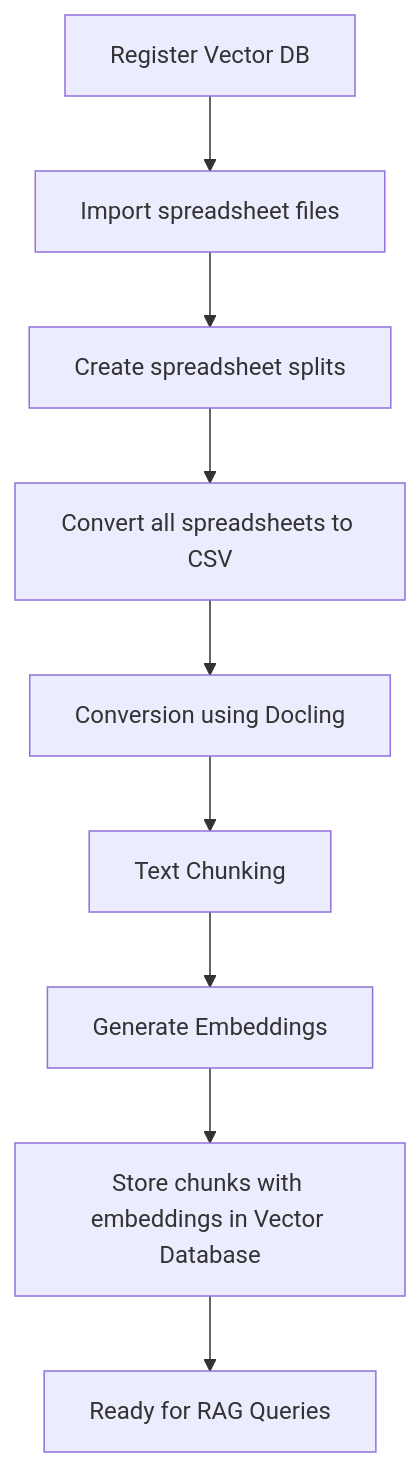
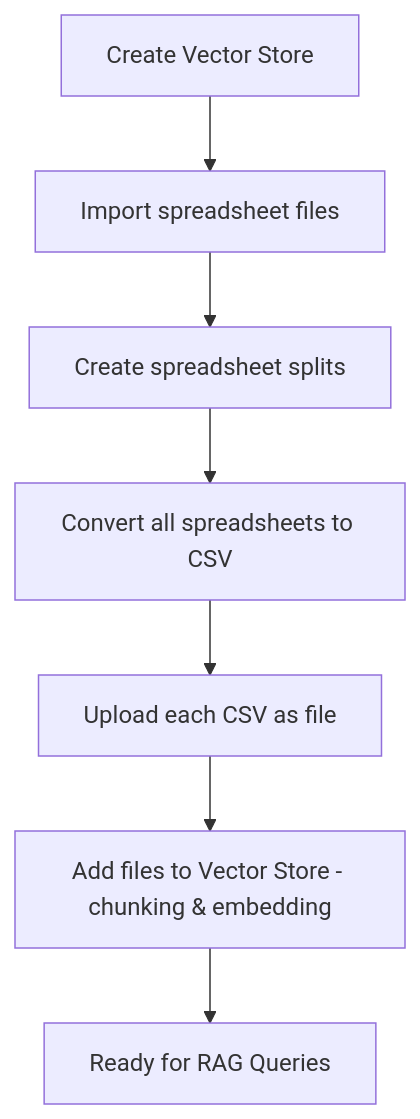
Before and after one commit to Ygnas/rag: the diagram in demos/kubeflow-pipelines/spreadsheets-conversion/README.md, drawn with Mermaid. The commit also changed other lines of this file and 7 other files, not shown here.

````diff
--- a/demos/kubeflow-pipelines/spreadsheets-conversion/README.md
+++ b/demos/kubeflow-pipelines/spreadsheets-conversion/README.md
@@ -8,21 +9,17 @@
 ```mermaid
 
 graph TD
 
-A[Register Vector DB] --> B[Import spreadsheet files]
+A[Create Vector Store] --> B[Import spreadsheet files]
 
 B --> C[Create spreadsheet splits]
 
 C --> D[Convert all spreadsheets to CSV]
 
-D --> E[Conversion using Docling]
+D --> E[Upload each CSV as file]
 
-E --> F[Text Chunking]
+E --> F[Add files to Vector Store - chunking & embedding]
 
-F --> G[Generate Embeddings]
-
-G --> H[Store chunks with embeddings in Vector Database]
-
-H --> I[Ready for RAG Queries]
+F --> G[Ready for RAG Queries]
 
 ```
````
